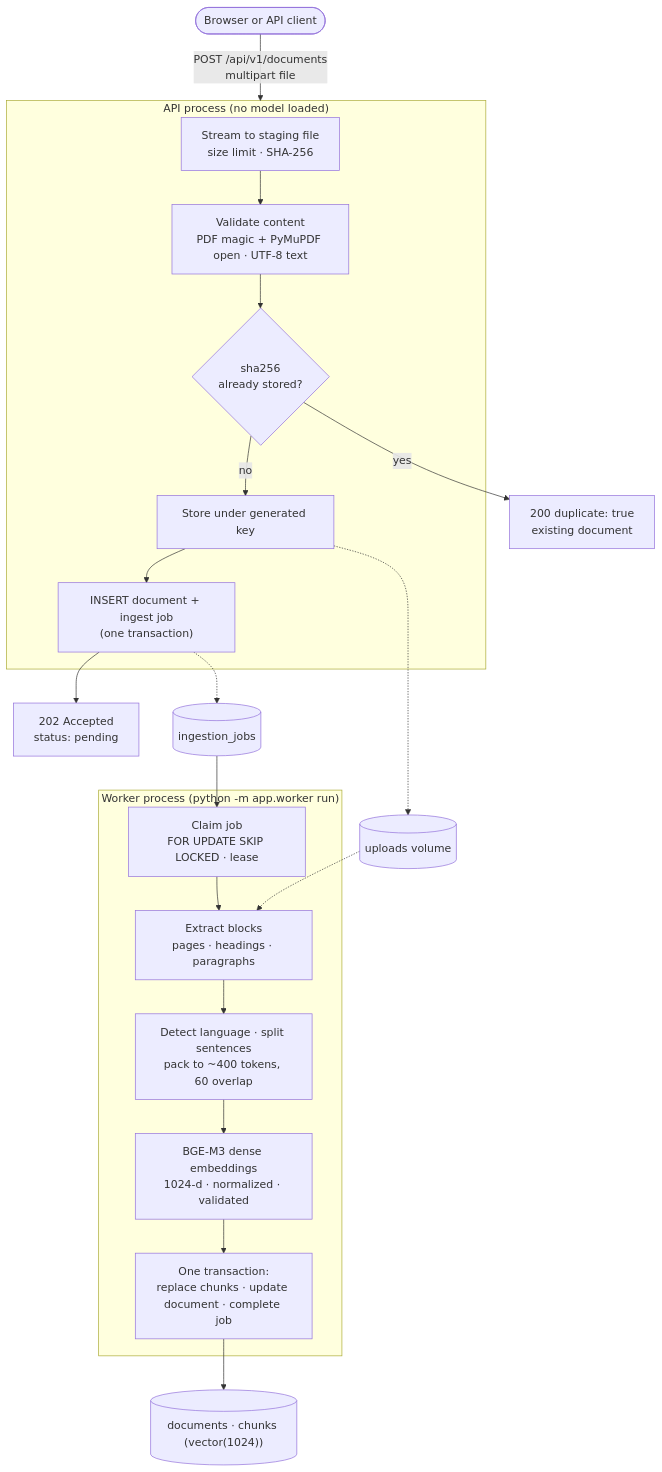
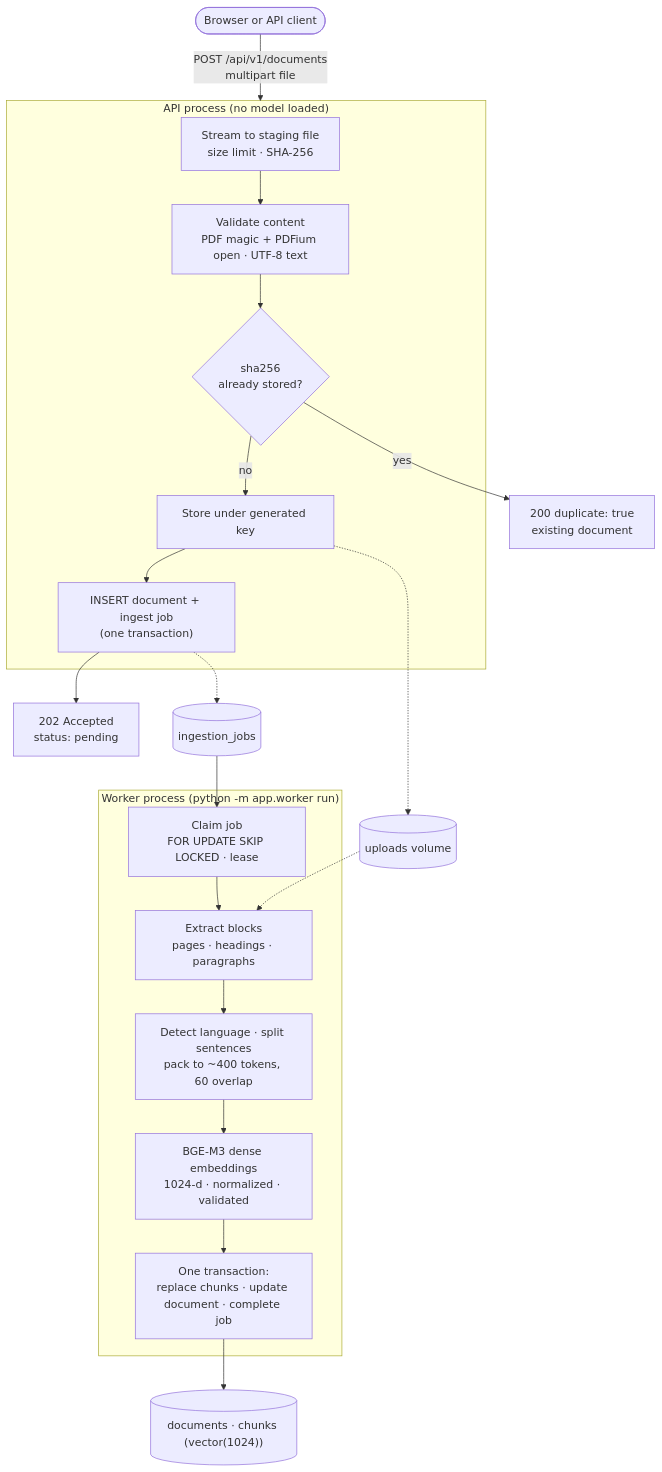
Before and after one commit to Yash01Negi/docs-rag-platform: the first of 2 diagrams in docs/ingestion-pipeline.md, drawn with Mermaid. The commit also changed other lines of this file and 9 other files, not shown here.

````diff
--- a/docs/ingestion-pipeline.md
+++ b/docs/ingestion-pipeline.md
@@ -13,31 +13,31 @@
 ```mermaid
 flowchart TD
     client([Browser or API client]) -- "POST /api/v1/documents<br/>multipart file" --> api
 
     subgraph api["API process (no model loaded)"]
         spool["Stream to staging file<br/>size limit · SHA-256"]
-        validate["Validate content<br/>PDF magic + PyMuPDF open · UTF-8 text"]
+        validate["Validate content<br/>PDF magic + PDFium open · UTF-8 text"]
         dedup{"sha256<br/>already stored?"}
         store["Store under generated key"]
         insert["INSERT document + ingest job<br/>(one transaction)"]
     end
 
     spool --> validate --> dedup
     dedup -- "yes" --> dup["200 duplicate: true<br/>existing document"]
     dedup -- "no" --> store --> insert --> accepted["202 Accepted<br/>status: pending"]
 
     insert -.-> queue[("ingestion_jobs")]
 
     subgraph worker["Worker process (python -m app.worker run)"]
         claim["Claim job<br/>FOR UPDATE SKIP LOCKED · lease"]
         extract["Extract blocks<br/>pages · headings · paragraphs"]
         chunk["Detect language · split sentences<br/>pack to ~400 tokens, 60 overlap"]
         embed["BGE-M3 dense embeddings<br/>1024-d · normalized · validated"]
         commit["One transaction:<br/>replace chunks · update document · complete job"]
     end
 
     queue --> claim --> extract --> chunk --> embed --> commit
     commit --> db[("documents · chunks (vector(1024))")]
     files[("uploads volume")] -.-> extract
     store -.-> files
 ```
````
